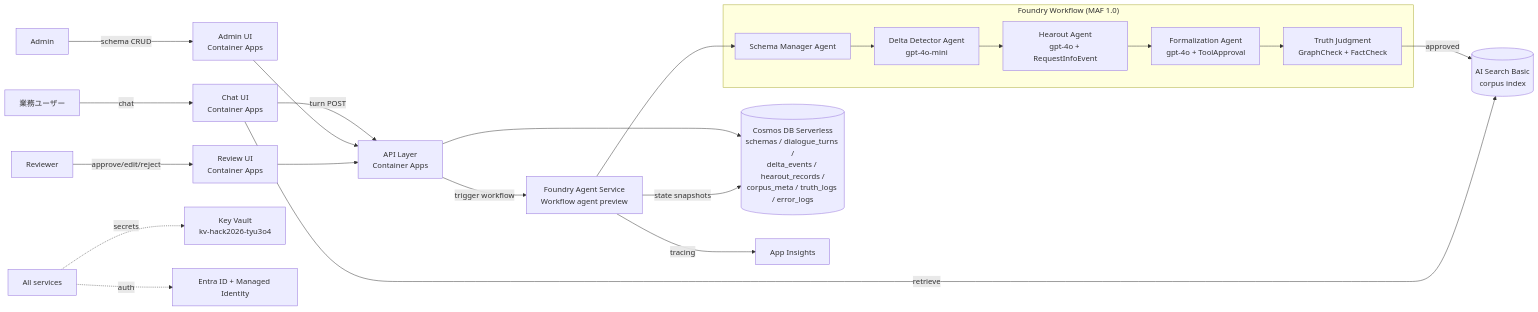
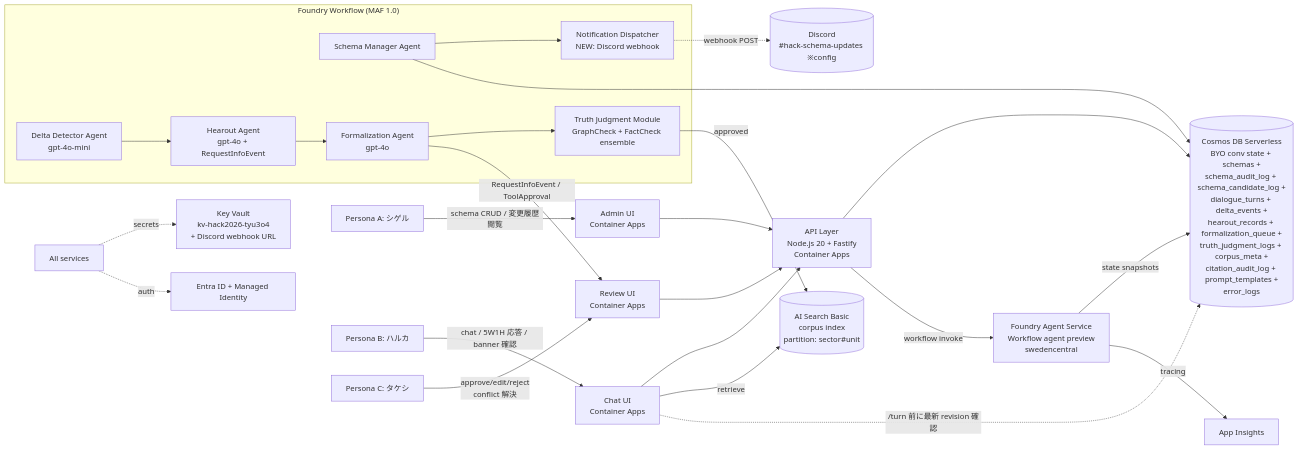
The first of 5 diagrams in .kiro/specs/dialogue-delta-formalization/design.md (aiclub-labs/zenn-hack2026), drawn with Mermaid before and after one commit. The commit also changed other lines of this file and 158 other files, not shown here.

````diff
--- a/.kiro/specs/dialogue-delta-formalization/design.md
+++ b/.kiro/specs/dialogue-delta-formalization/design.md
@@ -31,31 +74,39 @@
 ```mermaid
 flowchart LR
-    User[業務ユーザー] -->|chat| ChatUI[Chat UI<br/>Container Apps]
-    Admin[Admin] -->|schema CRUD| AdminUI[Admin UI<br/>Container Apps]
-    Reviewer[Reviewer] -->|approve/edit/reject| ReviewUI[Review UI<br/>Container Apps]
+    Admin[Persona A: シゲル] -->|schema CRUD / 変更履歴閲覧| AdminUI[Admin UI<br/>Container Apps]
+    User[Persona B: ハルカ] -->|chat / 5W1H 応答 / banner 確認| ChatUI[Chat UI<br/>Container Apps]
+    Reviewer[Persona C: タケシ] -->|approve/edit/reject<br/>conflict 解決| ReviewUI[Review UI<br/>Container Apps]
 
-    ChatUI -->|turn POST| API[API Layer<br/>Container Apps]
     AdminUI --> API
+    ChatUI --> API
     ReviewUI --> API
 
-    API --> Cosmos[(Cosmos DB Serverless<br/>schemas / dialogue_turns /<br/>delta_events / hearout_records /<br/>corpus_meta / truth_logs / error_logs)]
+    API[API Layer<br/>Node.js 20 + Fastify<br/>Container Apps] --> Cosmos[(Cosmos DB Serverless<br/>BYO conv state + schemas +<br/>schema_audit_log + schema_candidate_log +<br/>dialogue_turns + delta_events +<br/>hearout_records + formalization_queue +<br/>truth_judgment_logs + corpus_meta +<br/>citation_audit_log + prompt_templates +<br/>error_logs)]
 
-    API -->|trigger workflow| Foundry[Foundry Agent Service<br/>Workflow agent preview]
+    API -->|workflow invoke| Foundry[Foundry Agent Service<br/>Workflow agent preview<br/>swedencentral]
 
     subgraph "Foundry Workflow (MAF 1.0)"
         SM[Schema Manager Agent]
         DD[Delta Detector Agent<br/>gpt-4o-mini]
         HO[Hearout Agent<br/>gpt-4o + RequestInfoEvent]
-        FM[Formalization Agent<br/>gpt-4o + ToolApproval]
-        TJ[Truth Judgment<br/>GraphCheck + FactCheck]
+        FM[Formalization Agent<br/>gpt-4o]
+        TJ[Truth Judgment Module<br/>GraphCheck + FactCheck ensemble]
+        ND[Notification Dispatcher<br/>NEW: Discord webhook]
     end
 
-    Foundry --> SM --> DD --> HO --> FM --> TJ
-    TJ -->|approved| Search[(AI Search Basic<br/>corpus index)]
+    SM --> ND
+    SM --> Cosmos
+    DD --> HO --> FM --> TJ
+    FM -->|RequestInfoEvent / ToolApproval| ReviewUI
+    TJ -->|approved| Search[(AI Search Basic<br/>corpus index<br/>partition: sector#unit)]
+
+    ChatUI -->|retrieve| Search
+    ChatUI -.->|/turn 前に最新 revision 確認| Cosmos
+
     Foundry -->|state snapshots| Cosmos
     Foundry -->|tracing| AppInsights[App Insights]
+    ND -.->|webhook POST| Discord[(Discord<br/>#hack-schema-updates ※config)]
 
-    ChatUI -->|retrieve| Search
-    All[All services] -.->|secrets| KV[Key Vault<br/>kv-hack2026-tyu3o4]
+    All[All services] -.->|secrets| KV[Key Vault<br/>kv-hack2026-tyu3o4<br/>+ Discord webhook URL]
     All -.->|auth| Entra[Entra ID + Managed Identity]
 ```
````
